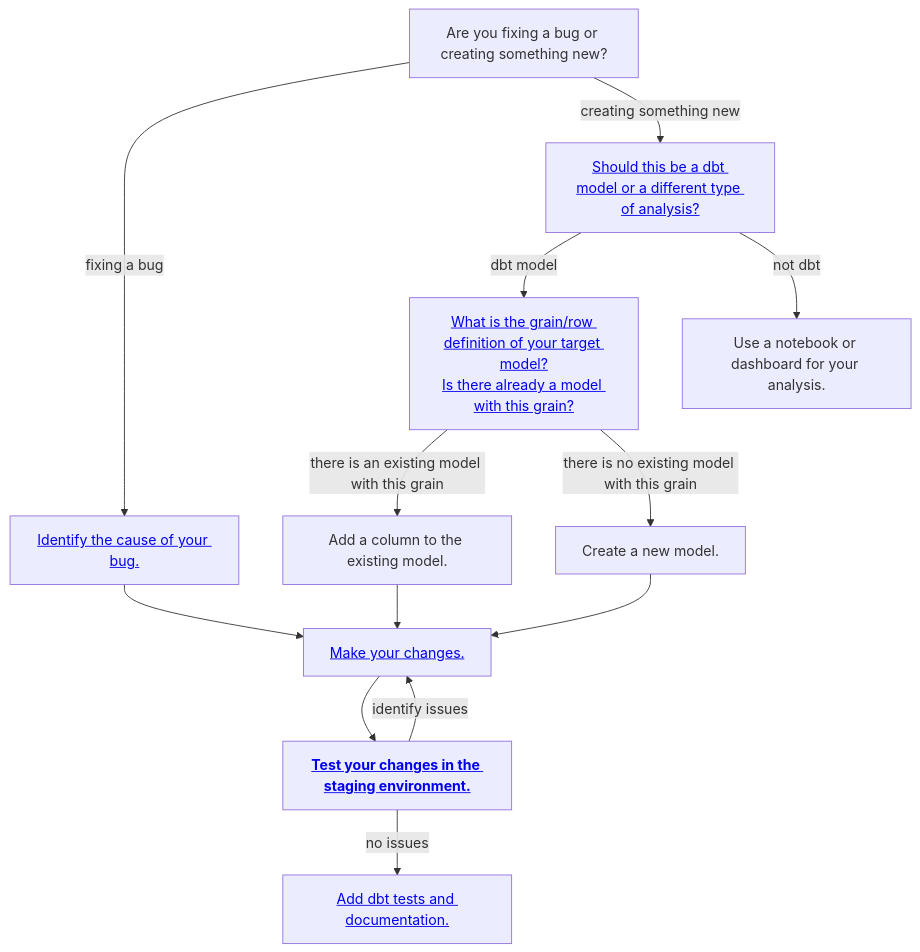
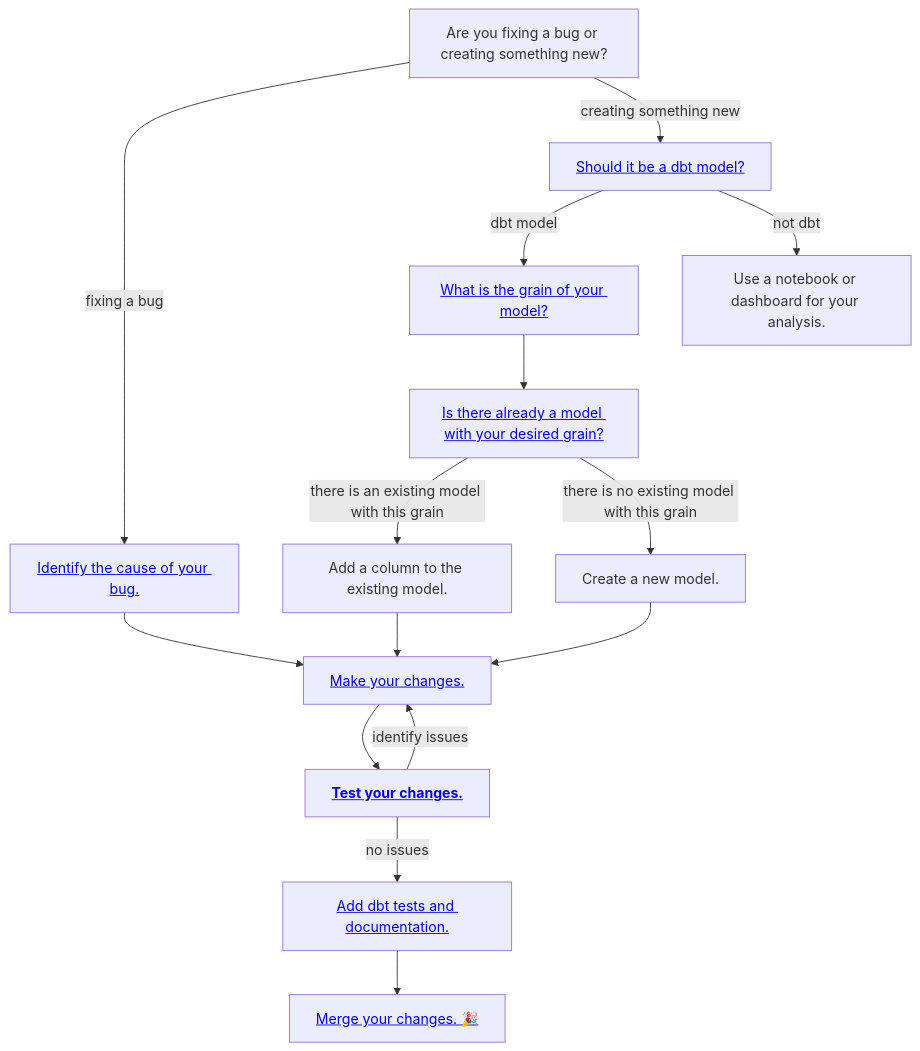
The diagram in docs/warehouse/developing_dbt_models.md (cal-itp/data-infra), drawn with Mermaid before and after one commit. The commit also changed other lines of this file, not shown here.

Commit message:
rephrase some things, finish flowchat

````diff
--- a/docs/warehouse/developing_dbt_models.md
+++ b/docs/warehouse/developing_dbt_models.md
@@ -49,28 +49,32 @@
 ```{mermaid}
 flowchart TD
 
 workflow_type[Are you fixing a bug or creating something new?]
 identify_bug[<a href='developing_dbt_models#identify-bug'>Identify the cause of your bug.</a>]
 change_models[<a href='developing_dbt_models#change-models'>Make your changes.</a>]
-tool_choice[<a href='developing_dbt_models#tool-choice'>Should this be a dbt model or a different type of analysis?</a>]
+tool_choice[<a href='developing_dbt_models#tool-choice'>Should it be a dbt model?</a>]
 not_dbt[Use a notebook or dashboard for your analysis.]
-grain[<a href='developing_dbt_models#grain'>What is the grain/row definition of your target model?<br>Is there already a model with this grain?</a>]
+grain[<a href='developing_dbt_models#model-grain'>What is the grain of your model?</a>]
+grain_exists[<a href='developing_dbt_models#grain-exists'>Is there already a model with your desired grain?</a>]
 new_column[Add a column to the existing model.]
 new_model[Create a new model.]
-test_changes[<a href='developing_dbt_models#test-changes'><b>Test your changes in the staging environment.</b></a>]
+test_changes[<a href='developing_dbt_models#test-changes'><b>Test your changes.</b></a>]
 new_column[Add a column to the existing model.]
 tests_and_docs[<a href='developing_dbt_models#tests-and-docs'>Add dbt tests and documentation.</a>]
+merge_model_changes[<a href='developing_dbt_models#merge-model-changes'>Merge your changes. 🎉</a>]
 
 workflow_type -- fixing a bug --> identify_bug
 identify_bug --> change_models
 workflow_type -- creating something new --> tool_choice
 tool_choice -- dbt model--> grain
 tool_choice -- not dbt --> not_dbt
-grain -- there is an existing model with this grain --> new_column
-grain -- there is no existing model with this grain --> new_model
+grain --> grain_exists
+grain_exists -- there is an existing model with this grain --> new_column
+grain_exists -- there is no existing model with this grain --> new_model
 new_column --> change_models
 new_model --> change_models
 change_models --> test_changes
 test_changes -- identify issues--> change_models
 test_changes -- no issues --> tests_and_docs
+tests_and_docs --> merge_model_changes
 ```
````
